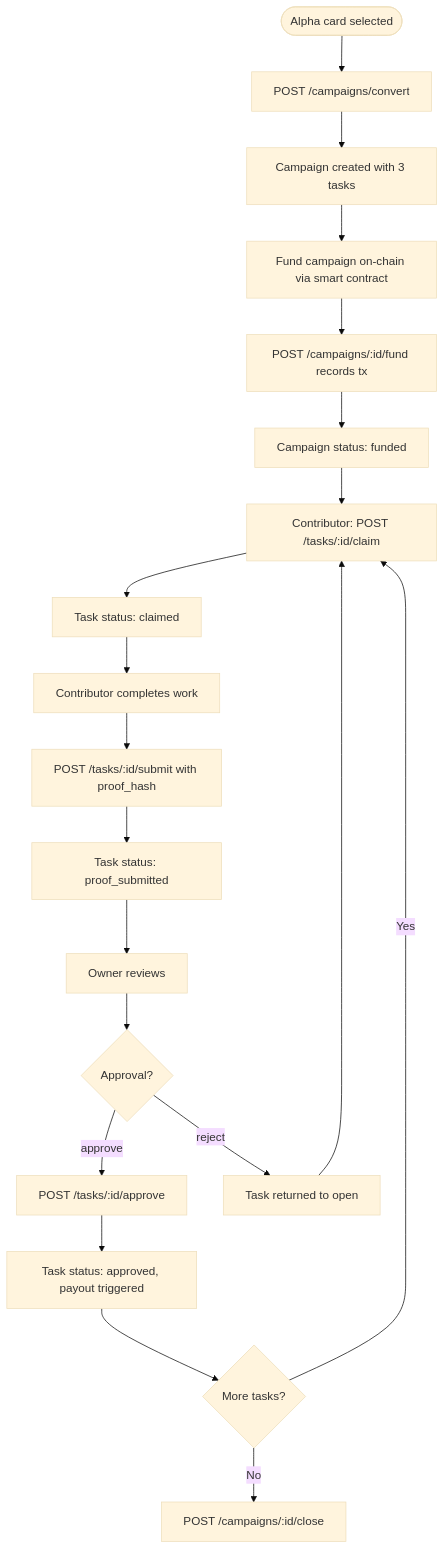
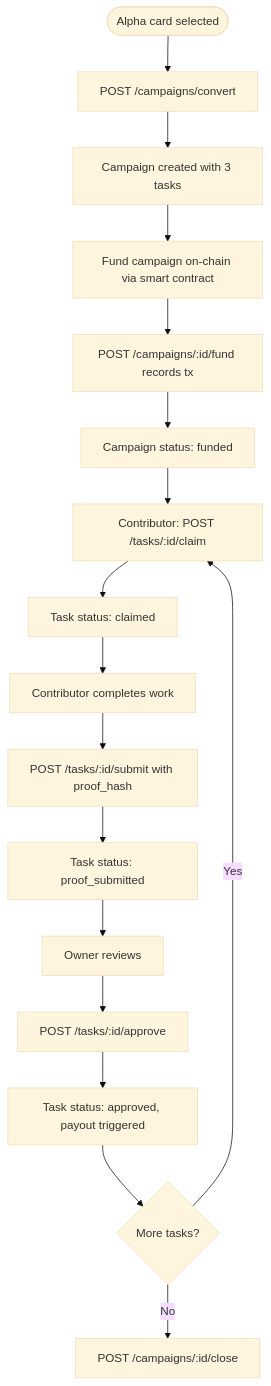
Before and after one commit to unclekaldoteth/ThesisRail: the second of 2 diagrams in backend/README.md, drawn with Mermaid (base theme). The commit also changed other lines of this file and 7 other files, not shown here.

````diff
--- a/backend/README.md
+++ b/backend/README.md
@@ -88,23 +89,20 @@
 ```mermaid
 flowchart TD
     Start([Alpha card selected]) --> A[POST /campaigns/convert]
     A --> B[Campaign created with 3 tasks]
     B --> C[Fund campaign on-chain via smart contract]
     C --> D[POST /campaigns/:id/fund records tx]
     D --> E[Campaign status: funded]
 
     E --> F[Contributor: POST /tasks/:id/claim]
     F --> G[Task status: claimed]
     G --> H[Contributor completes work]
     H --> I[POST /tasks/:id/submit with proof_hash]
     I --> J[Task status: proof_submitted]
     J --> K[Owner reviews]
-    K --> L{Approval?}
-    L -- approve --> M[POST /tasks/:id/approve]
+    K --> M[POST /tasks/:id/approve]
     M --> N[Task status: approved, payout triggered]
     N --> O{More tasks?}
     O -- Yes --> F
     O -- No --> P[POST /campaigns/:id/close]
-    L -- reject --> Q[Task returned to open]
-    Q --> F
 ```
````
